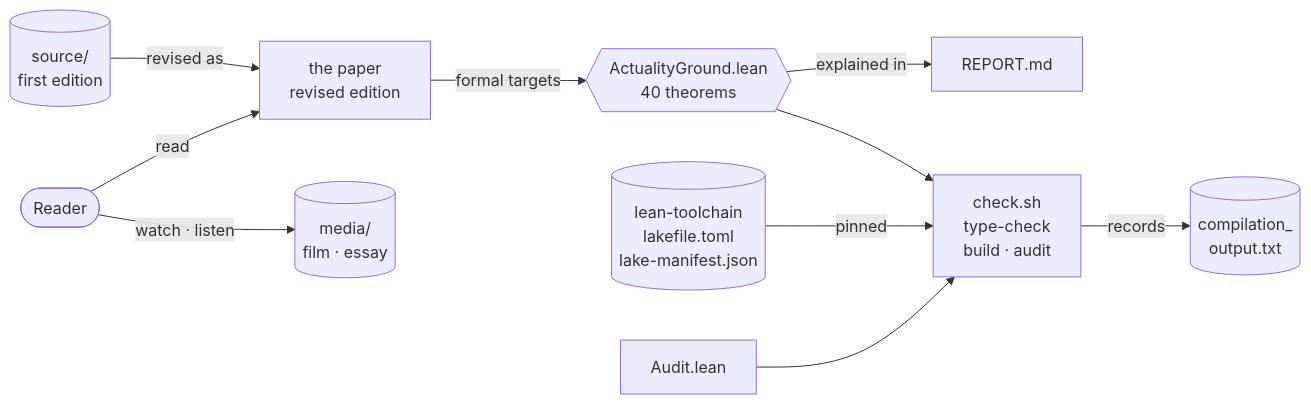
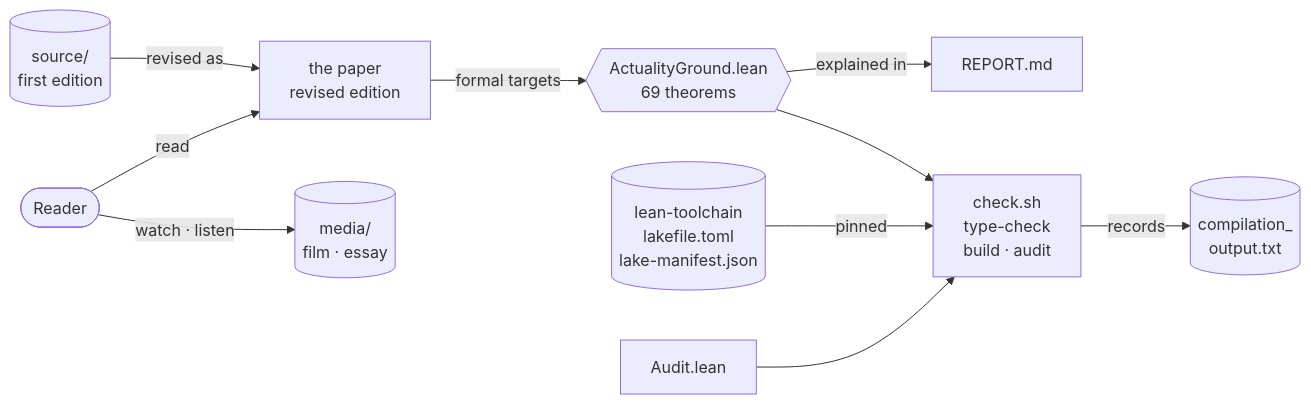
One commit to ekoshv/actuality-and-necessary-ground-lean4 changed the fifth of 7 diagrams in README.md. Above: the diagram before and after it, drawn with Mermaid. The commit also changed other lines of this file and 11 other files, not shown here.

````diff
--- a/README.md
+++ b/README.md
@@ -287,12 +329,12 @@
 ```mermaid
 flowchart LR
     Reader([Reader]) -->|"watch · listen"| Media[("media/<br/>film · essay")]
     Reader -->|read| Paper["the paper<br/>revised edition"]
     Orig[("source/<br/>first edition")] -->|"revised as"| Paper
-    Paper -->|"formal targets"| Lean{{"ActualityGround.lean<br/>40 theorems"}}
+    Paper -->|"formal targets"| Lean{{"ActualityGround.lean<br/>69 theorems"}}
     Lean --> Check["check.sh<br/>type-check<br/>build · audit"]
     Pins[("lean-toolchain<br/>lakefile.toml<br/>lake-manifest.json")] -->|pinned| Check
     Audit["Audit.lean"] --> Check
     Check -->|records| Log[("compilation_<br/>output.txt")]
     Lean -->|"explained in"| Report["REPORT.md"]
 ```
````
